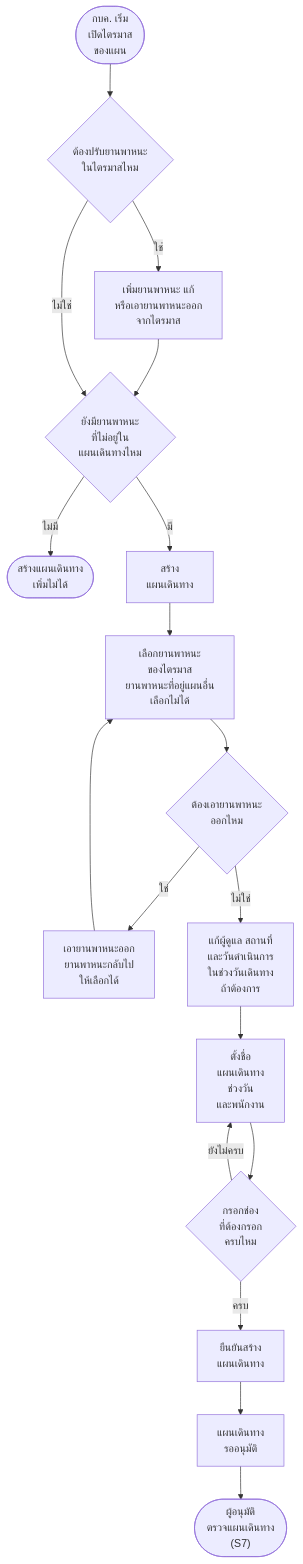
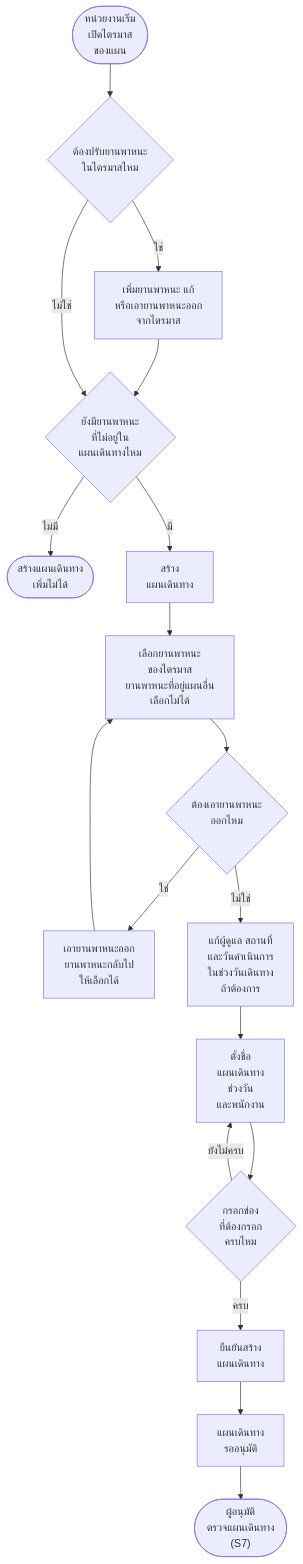
The seventh of 20 diagrams in Diagram/01-บำรุงรักษาตามวาระ/27-บำรุงรักษา-flowchart-กิจกรรม.md (anugmail/Maintenance-Request-Form), drawn with Mermaid before and after one commit. The commit also changed other lines of this file and 7 other files, not shown here.

````diff
--- a/Diagram/01-บำรุงรักษาตามวาระ/27-บำรุงรักษา-flowchart-กิจกรรม.md
+++ b/Diagram/01-บำรุงรักษาตามวาระ/27-บำรุงรักษา-flowchart-กิจกรรม.md
@@ -144,20 +144,20 @@
 ```mermaid
 flowchart TD
-    S(["กบค. เริ่ม<br/>เปิดไตรมาส<br/>ของแผน"]) --> Q1{"ต้องปรับยานพาหนะ<br/>ในไตรมาสไหม"}
+    S(["หน่วยงานเริ่ม<br/>เปิดไตรมาส<br/>ของแผน"]) --> Q1{"ต้องปรับยานพาหนะ<br/>ในไตรมาสไหม"}
     Q1 -->|ใช่| A1["เพิ่มยานพาหนะ แก้<br/>หรือเอายานพาหนะออก<br/>จากไตรมาส"]
     A1 --> Q2
     Q1 -->|ไม่ใช่| Q2{"ยังมียานพาหนะ<br/>ที่ไม่อยู่ใน<br/>แผนเดินทางไหม"}
     Q2 -->|ไม่มี| E1(["สร้างแผนเดินทาง<br/>เพิ่มไม่ได้"])
     Q2 -->|มี| A2["สร้าง<br/>แผนเดินทาง"]
     A2 --> A3["เลือกยานพาหนะ<br/>ของไตรมาส<br/>ยานพาหนะที่อยู่แผนอื่น<br/>เลือกไม่ได้"]
     A3 --> Q3{"ต้องเอายานพาหนะ<br/>ออกไหม"}
     Q3 -->|ใช่| A4["เอายานพาหนะออก<br/>ยานพาหนะกลับไป<br/>ให้เลือกได้"]
     A4 --> A3
     Q3 -->|ไม่ใช่| A5["แก้ผู้ดูแล สถานที่<br/>และวันดำเนินการ<br/>ในช่วงวันเดินทาง<br/>ถ้าต้องการ"]
     A5 --> A6["ตั้งชื่อ<br/>แผนเดินทาง<br/>ช่วงวัน<br/>และพนักงาน"]
     A6 --> Q4{"กรอกช่อง<br/>ที่ต้องกรอก<br/>ครบไหม"}
     Q4 -->|ยังไม่ครบ| A6
     Q4 -->|ครบ| A7["ยืนยันสร้าง<br/>แผนเดินทาง"]
     A7 --> A8["แผนเดินทาง<br/>รออนุมัติ"]
     A8 --> E2(["ผู้อนุมัติ<br/>ตรวจแผนเดินทาง<br/>(S7)"])
 ```
````
